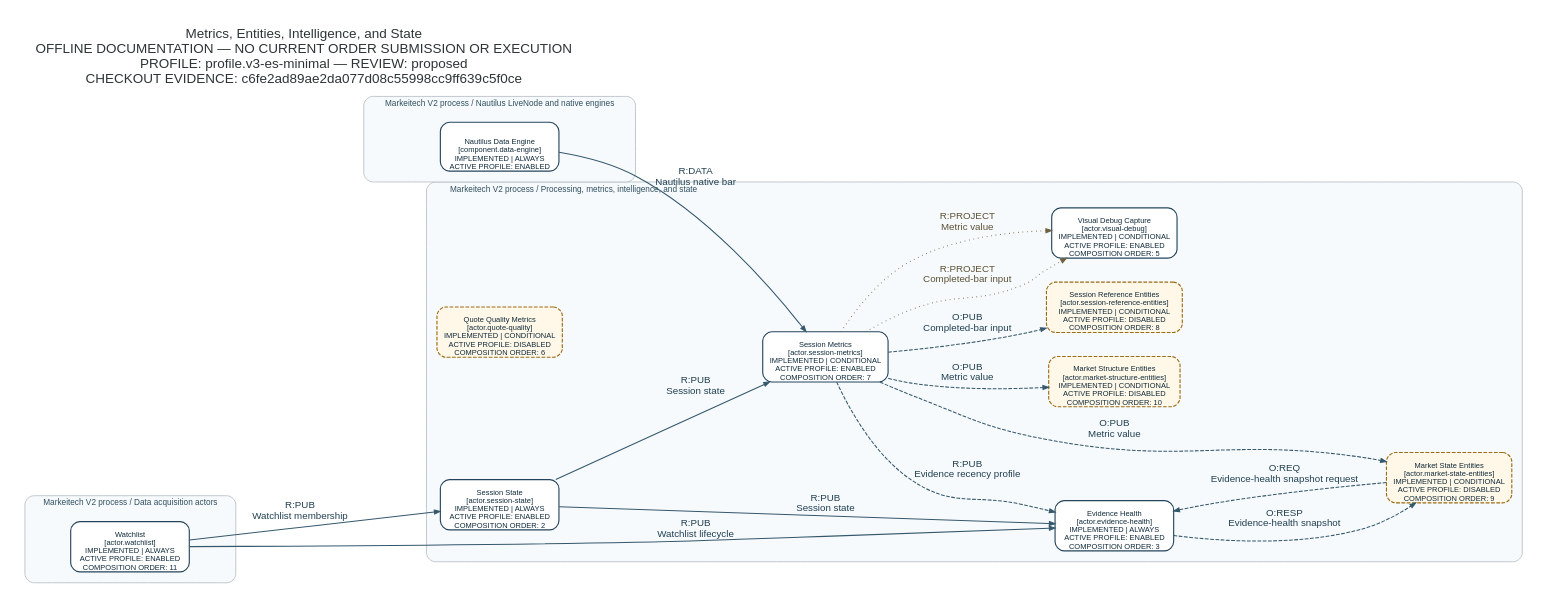
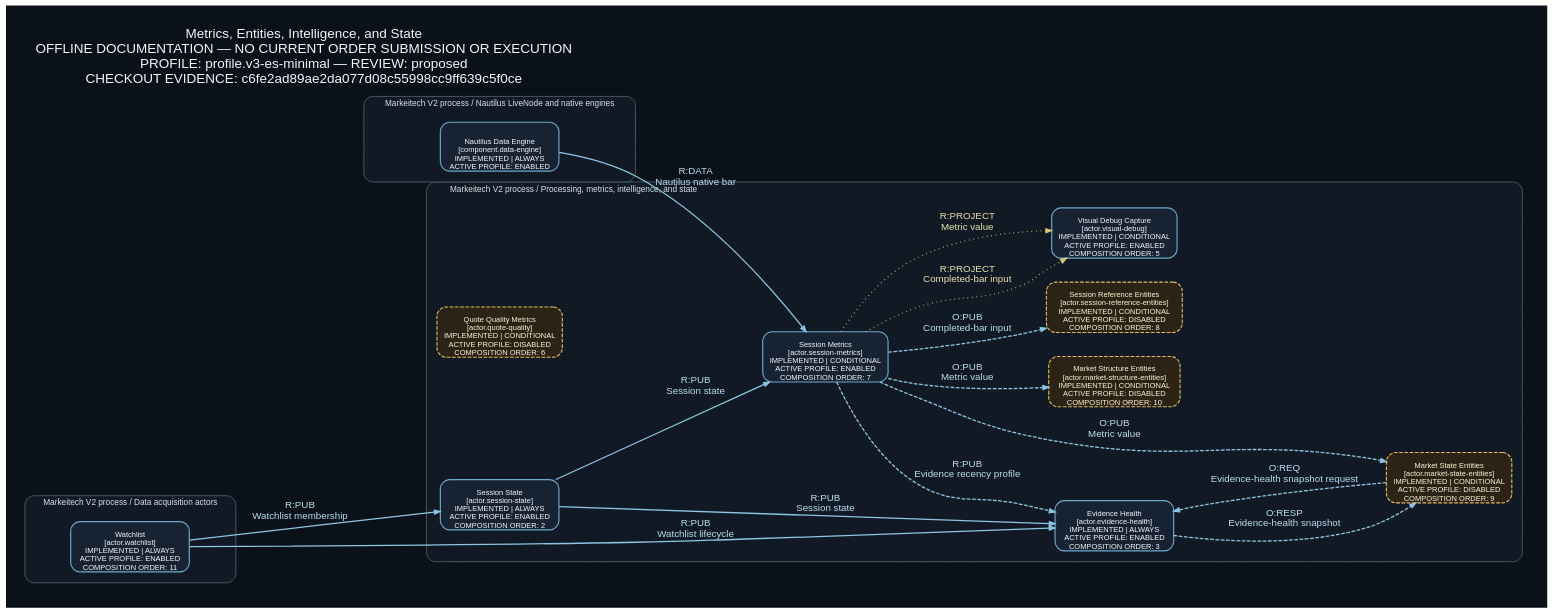
Before and after one commit to ShriekinNinja/Markeitech_V2: the diagram in docs/architecture/generated/system-dataflow/metrics-entities-intelligence.dot, drawn with Graphviz. The commit also changed 30 other files, not shown here.

First line of the commit message:
Add accessible dark theme to system diagrams

```diff
--- a/docs/architecture/generated/system-dataflow/metrics-entities-intelligence.dot
+++ b/docs/architecture/generated/system-dataflow/metrics-entities-intelligence.dot
@@ -1,95 +1,95 @@
 digraph "Metrics, Entities, Intelligence, and State
 OFFLINE DOCUMENTATION — NO CURRENT ORDER SUBMISSION OR EXECUTION
 PROFILE: profile.v3-es-minimal — REVIEW: proposed
 CHECKOUT EVIDENCE: c6fe2ad89ae2da077d08c55998cc9ff639c5f0ce" {
-	graph [bgcolor="#FFFFFF" fontcolor="#2D3436" fontname=Helvetica fontsize=18 label="Metrics, Entities, Intelligence, and State
+	graph [bgcolor="#0B1118" fontcolor="#F2F6FA" fontname=Helvetica fontsize=18 label="Metrics, Entities, Intelligence, and State
 OFFLINE DOCUMENTATION — NO CURRENT ORDER SUBMISSION OR EXECUTION
 PROFILE: profile.v3-es-minimal — REVIEW: proposed
 CHECKOUT EVIDENCE: c6fe2ad89ae2da077d08c55998cc9ff639c5f0ce" labeljust=l labelloc=t margin=0.15 nodesep=0.45 pack=true packmode="graph" pad=0.35 rankdir=LR ranksep=0.85 splines=spline]
-	node [fixedsize=false fontcolor="#2D3436" fontname=Helvetica fontsize=10 height=0.9 imagescale=true labelloc=b margin="0.12,0.08" shape=box style=rounded width=2.2]
-	edge [arrowsize=0.75 color="#7B8894" fontname=Helvetica fontsize=9]
+	node [fixedsize=false fontcolor="#F4F7FA" fontname=Helvetica fontsize=10 height=0.9 imagescale=true labelloc=b margin="0.12,0.08" shape=box style=rounded width=2.2]
+	edge [arrowsize=0.75 color="#8DC5E3" fontcolor="#B9DDF0" fontname=Helvetica fontsize=9]
 	subgraph "cluster_Markeitech V2 process / Data acquisition actors" {
-		graph [bgcolor="#F7FAFC" color="#9DB0BC" fontcolor="#304F60" fontname=Helvetica fontsize=11 id="boundary.acquisition" label="Markeitech V2 process / Data acquisition actors" labeljust=l margin=14 pencolor="#AEB6BE" rankdir=LR shape=box style=rounded]
+		graph [bgcolor="#111A24" color="#566B7D" fontcolor="#D6E2EA" fontname=Helvetica fontsize=11 id="boundary.acquisition" label="Markeitech V2 process / Data acquisition actors" labeljust=l margin=14 pencolor="#566B7D" rankdir=LR shape=box style=rounded]
 		"actor.watchlist" [label="Watchlist
 [actor.watchlist]
 IMPLEMENTED | ALWAYS
 ACTIVE PROFILE: ENABLED
-COMPOSITION ORDER: 11" color="#24445C" fillcolor="#FFFFFF" fontcolor="#102A3A" id="actor.watchlist" penwidth=1.5 shape=box style="rounded,filled"]
+COMPOSITION ORDER: 11" color="#6FA8CC" fillcolor="#172332" fontcolor="#F4F7FA" id="actor.watchlist" penwidth=1.5 shape=box style="rounded,filled"]
 	}
 	subgraph "cluster_Markeitech V2 process / Processing, metrics, intelligence, and state" {
-		graph [bgcolor="#F7FAFC" color="#9DB0BC" fontcolor="#304F60" fontname=Helvetica fontsize=11 id="boundary.intelligence" label="Markeitech V2 process / Processing, metrics, intelligence, and state" labeljust=l margin=14 pencolor="#AEB6BE" rankdir=LR shape=box style=rounded]
+		graph [bgcolor="#111A24" color="#566B7D" fontcolor="#D6E2EA" fontname=Helvetica fontsize=11 id="boundary.intelligence" label="Markeitech V2 process / Processing, metrics, intelligence, and state" labeljust=l margin=14 pencolor="#566B7D" rankdir=LR shape=box style=rounded]
 		"actor.evidence-health" [label="Evidence Health
 [actor.evidence-health]
 IMPLEMENTED | ALWAYS
 ACTIVE PROFILE: ENABLED
-COMPOSITION ORDER: 3" color="#24445C" fillcolor="#FFFFFF" fontcolor="#102A3A" id="actor.evidence-health" penwidth=1.5 shape=box style="rounded,filled"]
+COMPOSITION ORDER: 3" color="#6FA8CC" fillcolor="#172332" fontcolor="#F4F7FA" id="actor.evidence-health" penwidth=1.5 shape=box style="rounded,filled"]
 		"actor.market-state-entities" [label="Market State Entities
 [actor.market-state-entities]
 IMPLEMENTED | CONDITIONAL
 ACTIVE PROFILE: DISABLED
-COMPOSITION ORDER: 9" color="#9B6B16" fillcolor="#FFF8E8" fontcolor="#102A3A" id="actor.market-state-entities" penwidth=1.5 shape=box style="dashed,rounded,filled"]
+COMPOSITION ORDER: 9" color="#E2B75C" fillcolor="#2B2416" fontcolor="#FFF3D6" id="actor.market-state-entities" penwidth=1.5 shape=box style="dashed,rounded,filled"]
 		"actor.market-structure-entities" [label="Market Structure Entities
 [actor.market-structure-entities]
 IMPLEMENTED | CONDITIONAL
 ACTIVE PROFILE: DISABLED
-COMPOSITION ORDER: 10" color="#9B6B16" fillcolor="#FFF8E8" fontcolor="#102A3A" id="actor.market-structure-entities" penwidth=1.5 shape=box style="dashed,rounded,filled"]
+COMPOSITION ORDER: 10" color="#E2B75C" fillcolor="#2B2416" fontcolor="#FFF3D6" id="actor.market-structure-entities" penwidth=1.5 shape=box style="dashed,rounded,filled"]
 		"actor.quote-quality" [label="Quote Quality Metrics
 [actor.quote-quality]
 IMPLEMENTED | CONDITIONAL
 ACTIVE PROFILE: DISABLED
-COMPOSITION ORDER: 6" color="#9B6B16" fillcolor="#FFF8E8" fontcolor="#102A3A" id="actor.quote-quality" penwidth=1.5 shape=box style="dashed,rounded,filled"]
+COMPOSITION ORDER: 6" color="#E2B75C" fillcolor="#2B2416" fontcolor="#FFF3D6" id="actor.quote-quality" penwidth=1.5 shape=box style="dashed,rounded,filled"]
 		"actor.session-metrics" [label="Session Metrics
 [actor.session-metrics]
 IMPLEMENTED | CONDITIONAL
 ACTIVE PROFILE: ENABLED
-COMPOSITION ORDER: 7" color="#24445C" fillcolor="#FFFFFF" fontcolor="#102A3A" id="actor.session-metrics" penwidth=1.5 shape=box style="rounded,filled"]
+COMPOSITION ORDER: 7" color="#6FA8CC" fillcolor="#172332" fontcolor="#F4F7FA" id="actor.session-metrics" penwidth=1.5 shape=box style="rounded,filled"]
 		"actor.session-reference-entities" [label="Session Reference Entities
 [actor.session-reference-entities]
 IMPLEMENTED | CONDITIONAL
 ACTIVE PROFILE: DISABLED
-COMPOSITION ORDER: 8" color="#9B6B16" fillcolor="#FFF8E8" fontcolor="#102A3A" id="actor.session-reference-entities" penwidth=1.5 shape=box style="dashed,rounded,filled"]
+COMPOSITION ORDER: 8" color="#E2B75C" fillcolor="#2B2416" fontcolor="#FFF3D6" id="actor.session-reference-entities" penwidth=1.5 shape=box style="dashed,rounded,filled"]
 		"actor.session-state" [label="Session State
 [actor.session-state]
 IMPLEMENTED | ALWAYS
 ACTIVE PROFILE: ENABLED
-COMPOSITION ORDER: 2" color="#24445C" fillcolor="#FFFFFF" fontcolor="#102A3A" id="actor.session-state" penwidth=1.5 shape=box style="rounded,filled"]
+COMPOSITION ORDER: 2" color="#6FA8CC" fillcolor="#172332" fontcolor="#F4F7FA" id="actor.session-state" penwidth=1.5 shape=box style="rounded,filled"]
 		"actor.visual-debug" [label="Visual Debug Capture
 [actor.visual-debug]
 IMPLEMENTED | CONDITIONAL
 ACTIVE PROFILE: ENABLED
-COMPOSITION ORDER: 5" color="#24445C" fillcolor="#FFFFFF" fontcolor="#102A3A" id="actor.visual-debug" penwidth=1.5 shape=box style="rounded,filled"]
+COMPOSITION ORDER: 5" color="#6FA8CC" fillcolor="#172332" fontcolor="#F4F7FA" id="actor.visual-debug" penwidth=1.5 shape=box style="rounded,filled"]
 	}
 	subgraph "cluster_Markeitech V2 process / Nautilus LiveNode and native engines" {
-		graph [bgcolor="#F7FAFC" color="#9DB0BC" fontcolor="#304F60" fontname=Helvetica fontsize=11 id="boundary.nautilus" label="Markeitech V2 process / Nautilus LiveNode and native engines" labeljust=l margin=14 pencolor="#AEB6BE" rankdir=LR shape=box style=rounded]
+		graph [bgcolor="#111A24" color="#566B7D" fontcolor="#D6E2EA" fontname=Helvetica fontsize=11 id="boundary.nautilus" label="Markeitech V2 process / Nautilus LiveNode and native engines" labeljust=l margin=14 pencolor="#566B7D" rankdir=LR shape=box style=rounded]
 		"component.data-engine" [label="Nautilus Data Engine
 [component.data-engine]
 IMPLEMENTED | ALWAYS
-ACTIVE PROFILE: ENABLED" color="#24445C" fillcolor="#FFFFFF" fontcolor="#102A3A" id="component.data-engine" penwidth=1.5 shape=box style="rounded,filled"]
+ACTIVE PROFILE: ENABLED" color="#6FA8CC" fillcolor="#172332" fontcolor="#F4F7FA" id="component.data-engine" penwidth=1.5 shape=box style="rounded,filled"]
 	}
 	"actor.session-metrics" -> "actor.session-reference-entities" [label="O:PUB
-Completed-bar input" color="#35586D" dir=forward fontcolor="#203F51" fontname="Sans-Serif" fontsize=13 id="edge.completed-bars-session-entities" penwidth=1.4 style=dashed]
+Completed-bar input" color="#8DC5E3" dir=forward fontcolor="#B9DDF0" fontname="Sans-Serif" fontsize=13 id="edge.completed-bars-session-entities" penwidth=1.7 style=dashed]
 	"actor.session-metrics" -> "actor.visual-debug" [label="R:PROJECT
-Completed-bar input" color="#6E6241" dir=forward fontcolor="#5B5136" fontname="Sans-Serif" fontsize=13 id="edge.completed-bars-visual" penwidth=1.4 style=dotted]
+Completed-bar input" color="#D7C77B" dir=forward fontcolor="#E8DFAF" fontname="Sans-Serif" fontsize=13 id="edge.completed-bars-visual" penwidth=1.7 style=dotted]
 	"component.data-engine" -> "actor.session-metrics" [label="R:DATA
-Nautilus native bar" color="#35586D" dir=forward fontcolor="#203F51" fontname="Sans-Serif" fontsize=13 id="edge.data-engine-metric-bars" penwidth=1.4]
+Nautilus native bar" color="#8DC5E3" dir=forward fontcolor="#B9DDF0" fontname="Sans-Serif" fontsize=13 id="edge.data-engine-metric-bars" penwidth=1.7]
 	"actor.evidence-health" -> "actor.market-state-entities" [label="O:RESP
-Evidence-health snapshot" color="#35586D" dir=forward fontcolor="#203F51" fontname="Sans-Serif" fontsize=13 id="edge.health-snapshot" penwidth=1.4 style=dashed]
+Evidence-health snapshot" color="#8DC5E3" dir=forward fontcolor="#B9DDF0" fontname="Sans-Serif" fontsize=13 id="edge.health-snapshot" penwidth=1.7 style=dashed]
 	"actor.market-state-entities" -> "actor.evidence-health" [label="O:REQ
-Evidence-health snapshot request" color="#35586D" dir=forward fontcolor="#203F51" fontname="Sans-Serif" fontsize=13 id="edge.health-snapshot-request" penwidth=1.4 style=dashed]
+Evidence-health snapshot request" color="#8DC5E3" dir=forward fontcolor="#B9DDF0" fontname="Sans-Serif" fontsize=13 id="edge.health-snapshot-request" penwidth=1.7 style=dashed]
 	"actor.session-metrics" -> "actor.market-state-entities" [label="O:PUB
-Metric value" color="#35586D" dir=forward fontcolor="#203F51" fontname="Sans-Serif" fontsize=13 id="edge.metrics-market-state" penwidth=1.4 style=dashed]
+Metric value" color="#8DC5E3" dir=forward fontcolor="#B9DDF0" fontname="Sans-Serif" fontsize=13 id="edge.metrics-market-state" penwidth=1.7 style=dashed]
 	"actor.session-metrics" -> "actor.market-structure-entities" [label="O:PUB
-Metric value" color="#35586D" dir=forward fontcolor="#203F51" fontname="Sans-Serif" fontsize=13 id="edge.metrics-market-structure" penwidth=1.4 style=dashed]
+Metric value" color="#8DC5E3" dir=forward fontcolor="#B9DDF0" fontname="Sans-Serif" fontsize=13 id="edge.metrics-market-structure" penwidth=1.7 style=dashed]
 	"actor.session-metrics" -> "actor.visual-debug" [label="R:PROJECT
-Metric value" color="#6E6241" dir=forward fontcolor="#5B5136" fontname="Sans-Serif" fontsize=13 id="edge.metrics-visual" penwidth=1.4 style=dotted]
+Metric value" color="#D7C77B" dir=forward fontcolor="#E8DFAF" fontname="Sans-Serif" fontsize=13 id="edge.metrics-visual" penwidth=1.7 style=dotted]
 	"actor.session-metrics" -> "actor.evidence-health" [label="R:PUB
-Evidence recency profile" color="#35586D" dir=forward fontcolor="#203F51" fontname="Sans-Serif" fontsize=13 id="edge.recency-profile" penwidth=1.4 style=dashed]
+Evidence recency profile" color="#8DC5E3" dir=forward fontcolor="#B9DDF0" fontname="Sans-Serif" fontsize=13 id="edge.recency-profile" penwidth=1.7 style=dashed]
 	"actor.session-state" -> "actor.evidence-health" [label="R:PUB
-Session state" color="#35586D" dir=forward fontcolor="#203F51" fontname="Sans-Serif" fontsize=13 id="edge.session-state-health" penwidth=1.4]
+Session state" color="#8DC5E3" dir=forward fontcolor="#B9DDF0" fontname="Sans-Serif" fontsize=13 id="edge.session-state-health" penwidth=1.7]
 	"actor.session-state" -> "actor.session-metrics" [label="R:PUB
-Session state" color="#35586D" dir=forward fontcolor="#203F51" fontname="Sans-Serif" fontsize=13 id="edge.session-state-metrics" penwidth=1.4]
+Session state" color="#8DC5E3" dir=forward fontcolor="#B9DDF0" fontname="Sans-Serif" fontsize=13 id="edge.session-state-metrics" penwidth=1.7]
 	"actor.watchlist" -> "actor.evidence-health" [label="R:PUB
-Watchlist lifecycle" color="#35586D" dir=forward fontcolor="#203F51" fontname="Sans-Serif" fontsize=13 id="edge.watchlist-lifecycle-health" penwidth=1.4]
+Watchlist lifecycle" color="#8DC5E3" dir=forward fontcolor="#B9DDF0" fontname="Sans-Serif" fontsize=13 id="edge.watchlist-lifecycle-health" penwidth=1.7]
 	"actor.watchlist" -> "actor.session-state" [label="R:PUB
-Watchlist membership" color="#35586D" dir=forward fontcolor="#203F51" fontname="Sans-Serif" fontsize=13 id="edge.watchlist-membership-session" penwidth=1.4]
+Watchlist membership" color="#8DC5E3" dir=forward fontcolor="#B9DDF0" fontname="Sans-Serif" fontsize=13 id="edge.watchlist-membership-session" penwidth=1.7]
 }
```
